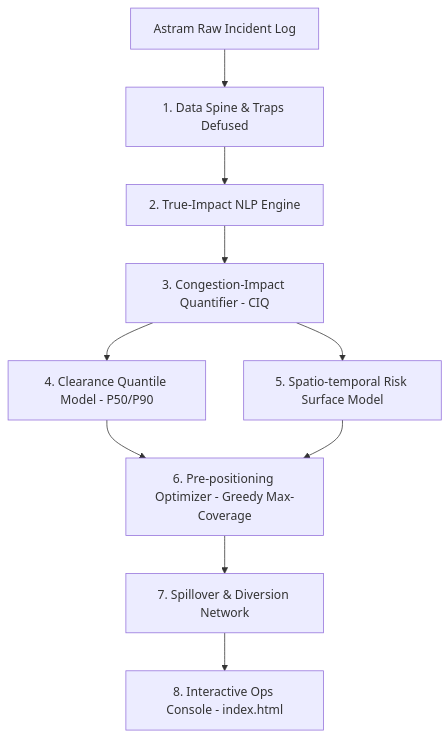
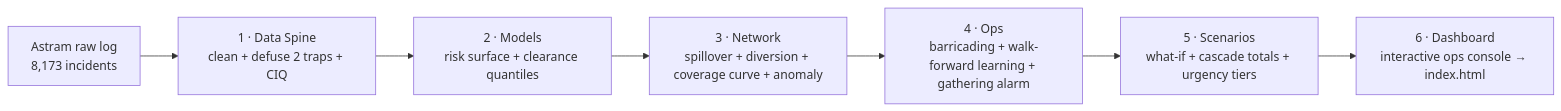
Before and after one commit to Deepikachintamreddy/saarthi-traffic-allocator: the diagram in README.md, drawn with Mermaid. The commit also changed other lines of this file and 7 other files, not shown here.

````diff
--- a/README.md
+++ b/README.md
@@ -52,12 +111,9 @@
 ```mermaid
-flowchart TD
-    A[Astram Raw Incident Log] --> B[1. Data Spine & Traps Defused]
-    B --> C[2. True-Impact NLP Engine]
-    C --> D[3. Congestion-Impact Quantifier - CIQ]
-    D --> E[4. Clearance Quantile Model - P50/P90]
-    D --> F[5. Spatio-temporal Risk Surface Model]
-    E --> G[6. Pre-positioning Optimizer - Greedy Max-Coverage]
-    F --> G
-    G --> H[7. Spillover & Diversion Network]
-    H --> I[8. Interactive Ops Console - index.html]
+flowchart LR
+    A[Astram raw log<br/>8,173 incidents] --> B[1 · Data Spine<br/>clean + defuse 2 traps + CIQ]
+    B --> C[2 · Models<br/>risk surface + clearance quantiles]
+    C --> D[3 · Network<br/>spillover + diversion + coverage curve + anomaly]
+    D --> E[4 · Ops<br/>barricading + walk-forward learning + gathering alarm]
+    E --> F[5 · Scenarios<br/>what-if + cascade totals + urgency tiers]
+    F --> G[6 · Dashboard<br/>interactive ops console → index.html]
 ```
````
